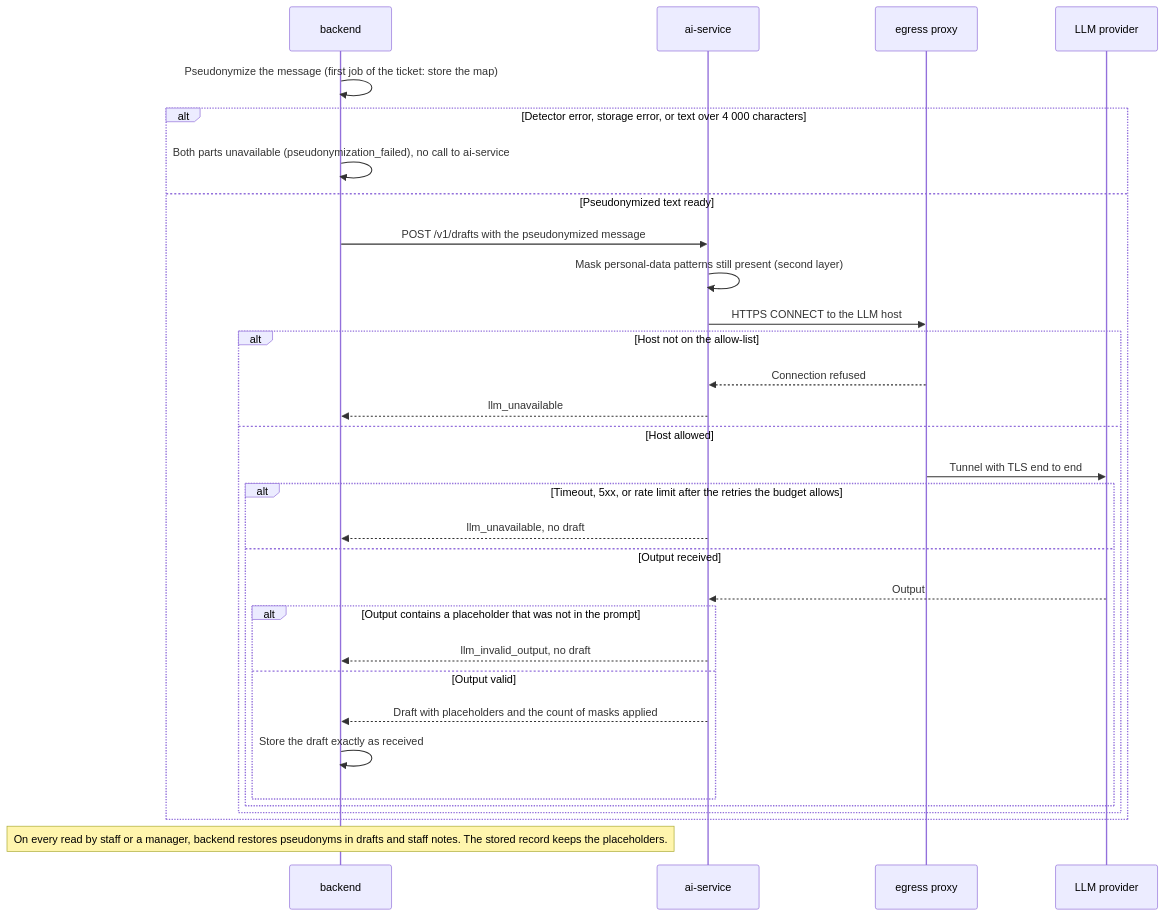
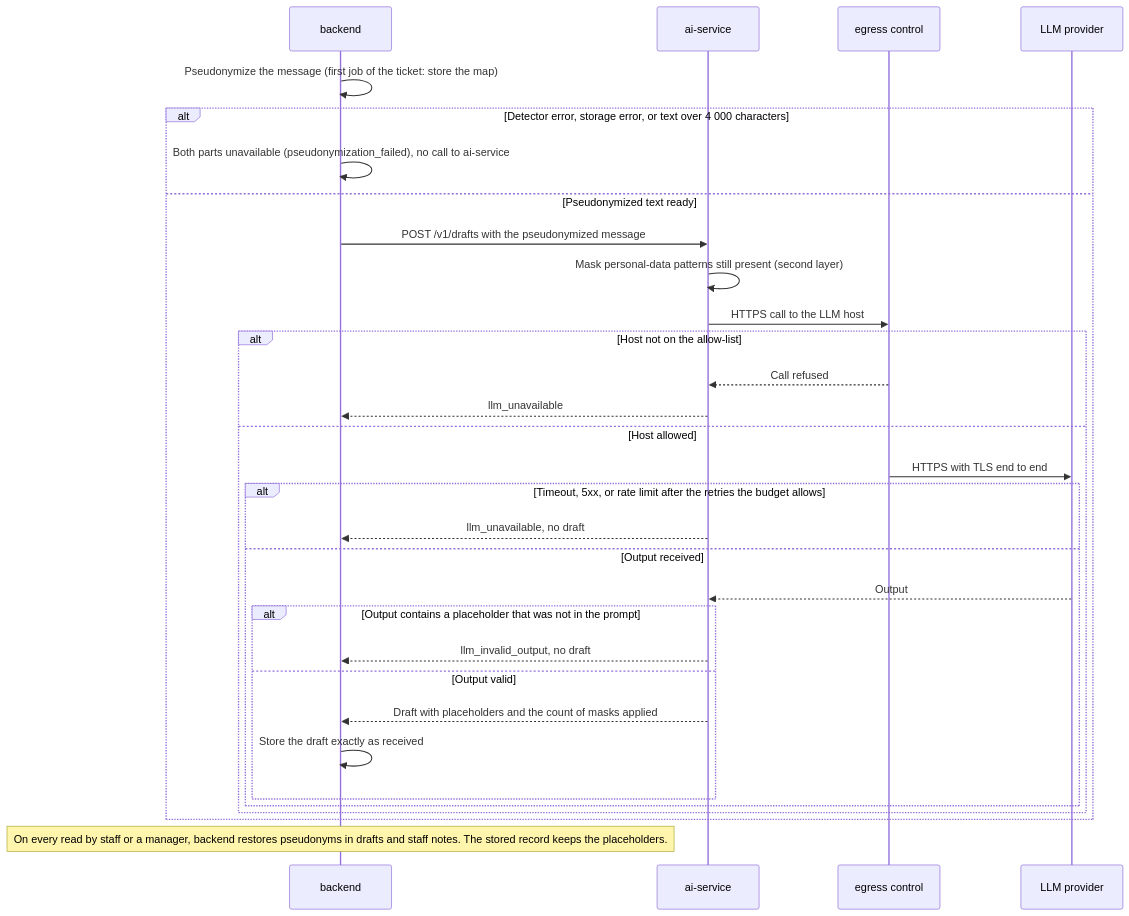
Before and after one commit to ml-system-design-nhom-5/SupportIQ: the second of 2 diagrams in docs/decisions/0010-pseudonymization-and-egress-control.md, drawn with Mermaid. The commit also changed other lines of this file and 21 other files, not shown here.

````diff
--- a/docs/decisions/0010-pseudonymization-and-egress-control.md
+++ b/docs/decisions/0010-pseudonymization-and-egress-control.md
@@ -57,33 +58,33 @@
 ```mermaid
 sequenceDiagram
     participant BE as backend
     participant AI as ai-service
-    participant EP as egress proxy
+    participant EP as egress control
     participant LLM as LLM provider
     BE->>BE: Pseudonymize the message (first job of the ticket: store the map)
     alt Detector error, storage error, or text over 4 000 characters
         BE->>BE: Both parts unavailable (pseudonymization_failed), no call to ai-service
     else Pseudonymized text ready
         BE->>AI: POST /v1/drafts with the pseudonymized message
         AI->>AI: Mask personal-data patterns still present (second layer)
-        AI->>EP: HTTPS CONNECT to the LLM host
+        AI->>EP: HTTPS call to the LLM host
         alt Host not on the allow-list
-            EP-->>AI: Connection refused
+            EP-->>AI: Call refused
             AI-->>BE: llm_unavailable
         else Host allowed
-            EP->>LLM: Tunnel with TLS end to end
+            EP->>LLM: HTTPS with TLS end to end
             alt Timeout, 5xx, or rate limit after the retries the budget allows
                 AI-->>BE: llm_unavailable, no draft
             else Output received
                 LLM-->>AI: Output
                 alt Output contains a placeholder that was not in the prompt
                     AI-->>BE: llm_invalid_output, no draft
                 else Output valid
                     AI-->>BE: Draft with placeholders and the count of masks applied
                     BE->>BE: Store the draft exactly as received
                 end
             end
         end
     end
     Note over BE: On every read by staff or a manager, backend restores pseudonyms in drafts and staff notes. The stored record keeps the placeholders.
 ```
````
